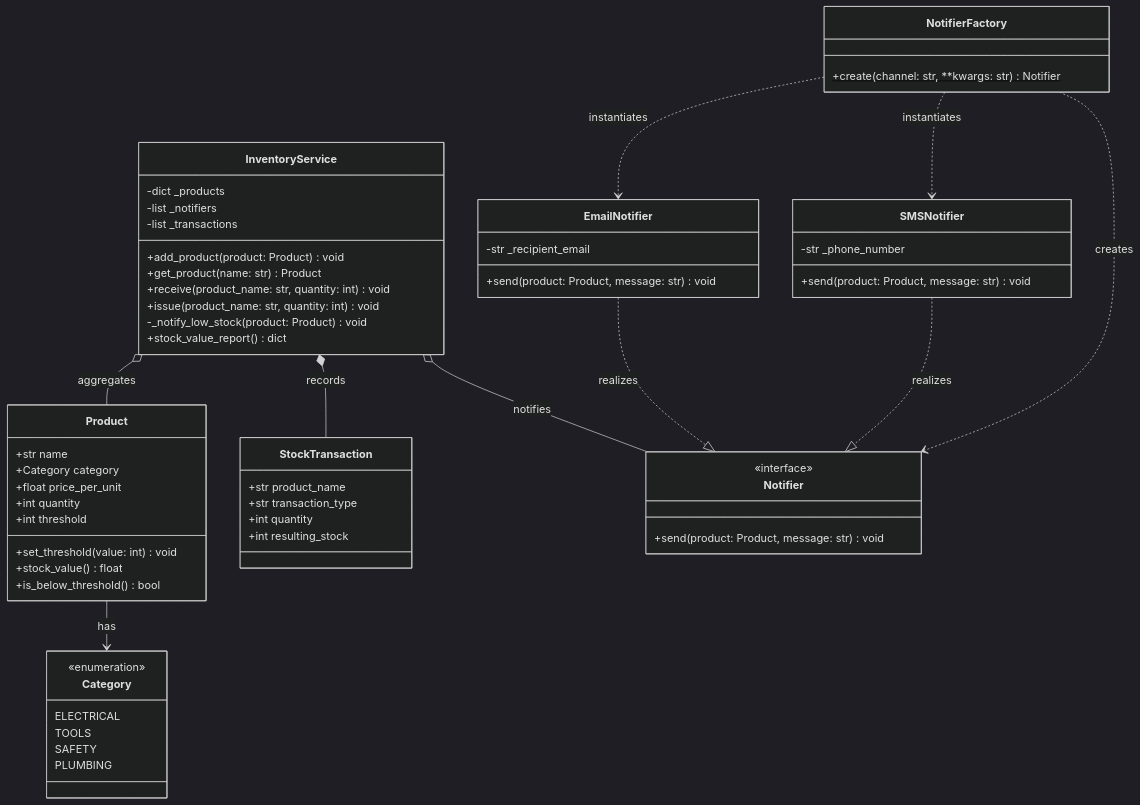
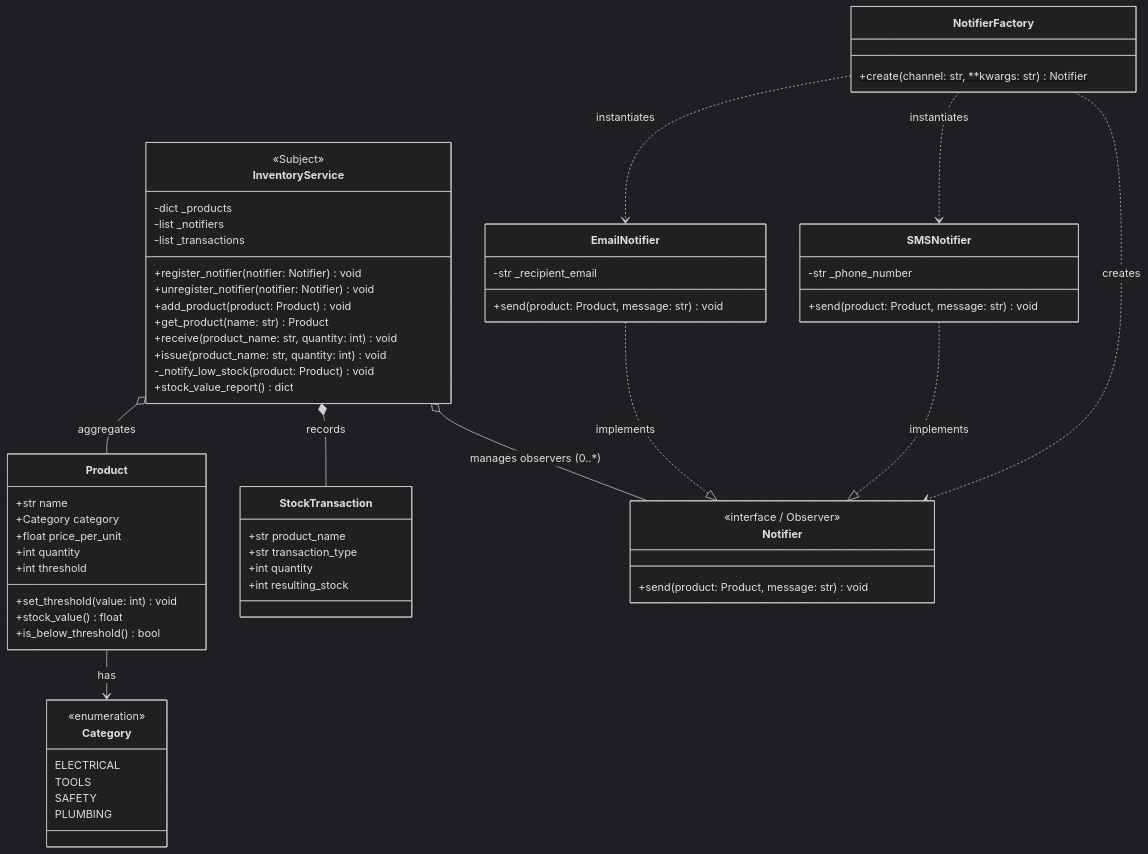
The diagram in diagrams/class.md (thanapatle-rmuti/team-08-inventory), drawn with Mermaid (dark theme) before and after one commit. The commit also changed other lines of this file and 6 other files, not shown here.

````diff
--- a/diagrams/class.md
+++ b/diagrams/class.md
@@ -5,71 +5,74 @@
 ```mermaid
 classDiagram
     direction TB
 
     class Category {
         <<enumeration>>
         ELECTRICAL
         TOOLS
         SAFETY
         PLUMBING
     }
 
     class Product {
         +str name
         +Category category
         +float price_per_unit
         +int quantity
         +int threshold
         +set_threshold(value: int) void
         +stock_value() float
         +is_below_threshold() bool
     }
 
     class StockTransaction {
         +str product_name
         +str transaction_type
         +int quantity
         +int resulting_stock
     }
 
     class Notifier {
-        <<interface>>
+        <<interface / Observer>>
         +send(product: Product, message: str) void
     }
 
     class EmailNotifier {
         -str _recipient_email
         +send(product: Product, message: str) void
     }
 
     class SMSNotifier {
         -str _phone_number
         +send(product: Product, message: str) void
     }
 
     class NotifierFactory {
         +create(channel: str, **kwargs: str)$ Notifier
     }
 
     class InventoryService {
+        <<Subject>>
         -dict _products
         -list _notifiers
         -list _transactions
+        +register_notifier(notifier: Notifier) void
+        +unregister_notifier(notifier: Notifier) void
         +add_product(product: Product) void
         +get_product(name: str) Product
         +receive(product_name: str, quantity: int) void
         +issue(product_name: str, quantity: int) void
         -_notify_low_stock(product: Product) void
         +stock_value_report() dict
     }
 
     Product --> Category : has
     InventoryService o-- Product : aggregates
     InventoryService *-- StockTransaction : records
-    InventoryService o-- Notifier : notifies
-    EmailNotifier ..|> Notifier : realizes
-    SMSNotifier ..|> Notifier : realizes
+    InventoryService o-- Notifier : manages observers (0..*)
+    EmailNotifier ..|> Notifier : implements
+    SMSNotifier ..|> Notifier : implements
     NotifierFactory ..> Notifier : creates
     NotifierFactory ..> EmailNotifier : instantiates
     NotifierFactory ..> SMSNotifier : instantiates
 ```
````
